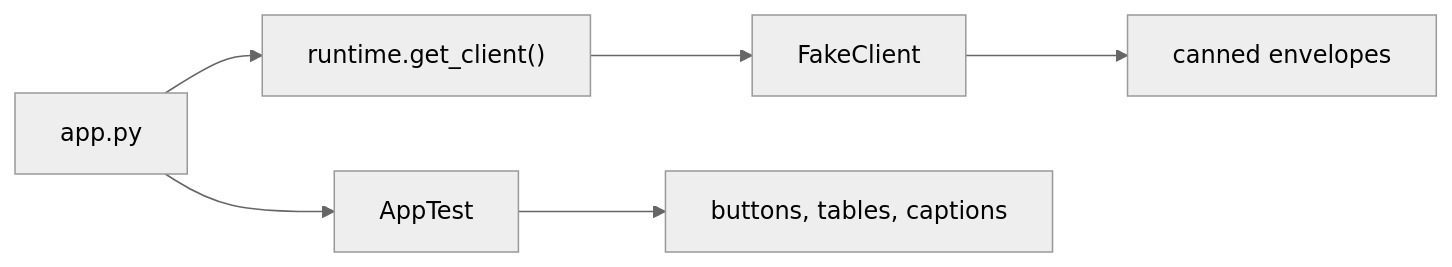
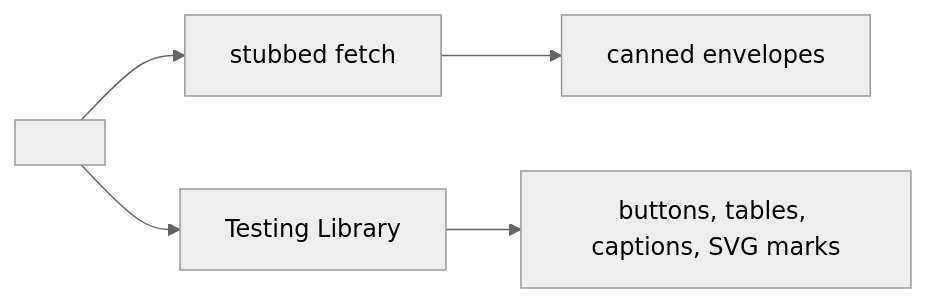
Diagram 12 of 17 in docs/how-tests-work.md (shu-y-codes/loupe), drawn with Mermaid (neutral theme) before and after one commit. The commit also changed other lines of this file and 80 other files, not shown here.

````diff
--- a/docs/how-tests-work.md
+++ b/docs/how-tests-work.md
@@ -384,8 +384,7 @@
 ```mermaid
 flowchart LR
-  PAGE["app.py"] --> RT["runtime.get_client()"]
-  RT --> FAKE[FakeClient]
-  FAKE --> JSON[canned envelopes]
-  PAGE --> AT[AppTest]
-  AT --> W[buttons, tables, captions]
+  APP["<App />"] --> FETCH["stubbed fetch"]
+  FETCH --> JSON[canned envelopes]
+  APP --> RTL["Testing Library"]
+  RTL --> W[buttons, tables, captions, SVG marks]
 ```
````
